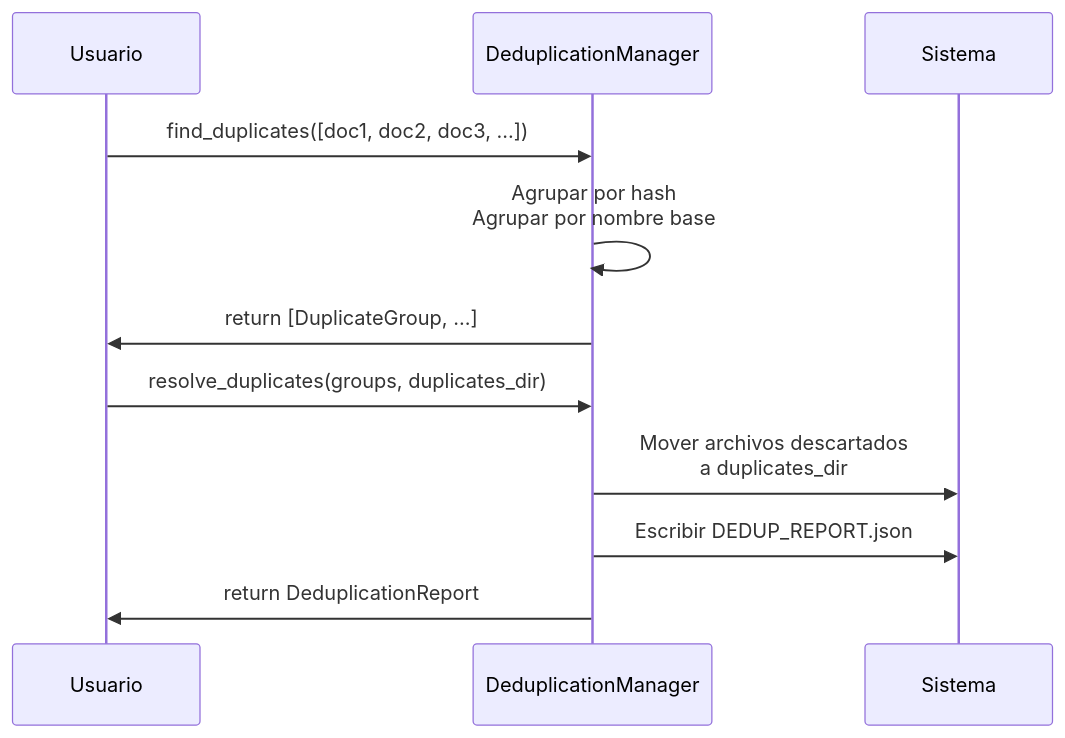
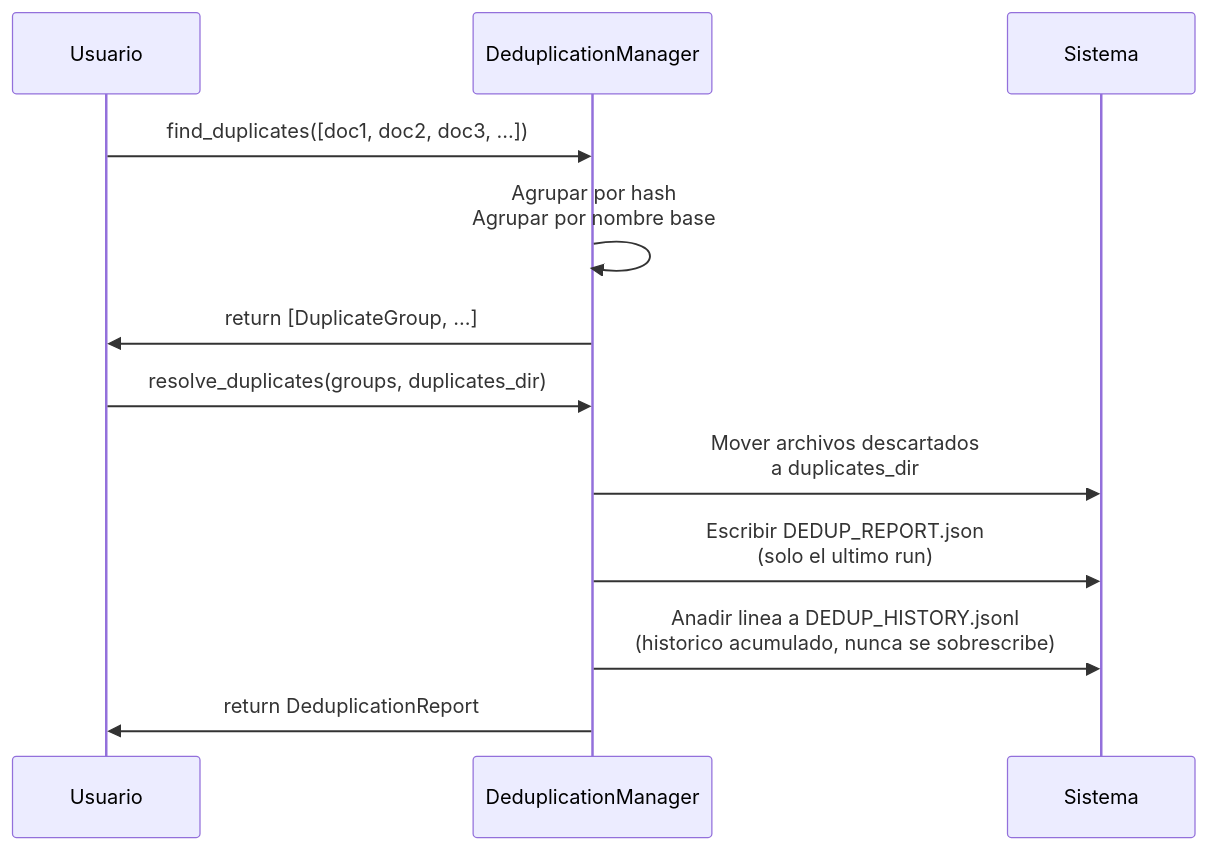
Before and after one commit to fmanza/doc_organize: the diagram in docs/functional/dedup.md, drawn with Mermaid. The commit also changed other lines of this file and 25 other files, not shown here.

````diff
--- a/docs/functional/dedup.md
+++ b/docs/functional/dedup.md
@@ -20,15 +20,16 @@
 ```mermaid
 sequenceDiagram
     participant Usuario
     participant DeduplicationManager
     participant Sistema
     
     Usuario->>DeduplicationManager: find_duplicates([doc1, doc2, doc3, ...])
     DeduplicationManager->>DeduplicationManager: Agrupar por hash<br/>Agrupar por nombre base
     DeduplicationManager->>Usuario: return [DuplicateGroup, ...]
     
     Usuario->>DeduplicationManager: resolve_duplicates(groups, duplicates_dir)
     DeduplicationManager->>Sistema: Mover archivos descartados<br/>a duplicates_dir
-    DeduplicationManager->>Sistema: Escribir DEDUP_REPORT.json
+    DeduplicationManager->>Sistema: Escribir DEDUP_REPORT.json<br/>(solo el ultimo run)
+    DeduplicationManager->>Sistema: Anadir linea a DEDUP_HISTORY.jsonl<br/>(historico acumulado, nunca se sobrescribe)
     DeduplicationManager->>Usuario: return DeduplicationReport
 ```
````
